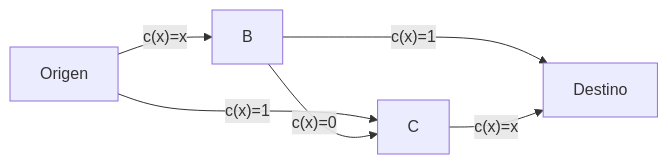
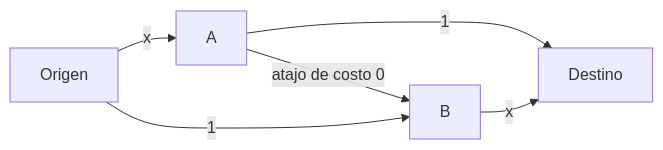
The diagram in public/documents/semester-5/2/5265.md (djaimej/computer-science-template), drawn with Mermaid before and after one commit. The commit also changed other lines of this file and 4 other files, not shown here.

````diff
--- a/public/documents/semester-5/2/5265.md
+++ b/public/documents/semester-5/2/5265.md
@@ -71,8 +34,8 @@
 ```mermaid
-graph LR
-    A[Origen] -->|"c(x)=x"| B
-    A -->|"c(x)=1"| C
-    B -->|"c(x)=0"| C
-    B -->|"c(x)=1"| D[Destino]
-    C -->|"c(x)=x"| D
+flowchart LR
+    O["Origen"] --> |"x"| A["A"]
+    O --> |"1"| B["B"]
+    A --> |"1"| D["Destino"]
+    B --> |"x"| D
+    A --> |"atajo de costo 0"| B
 ```
````
